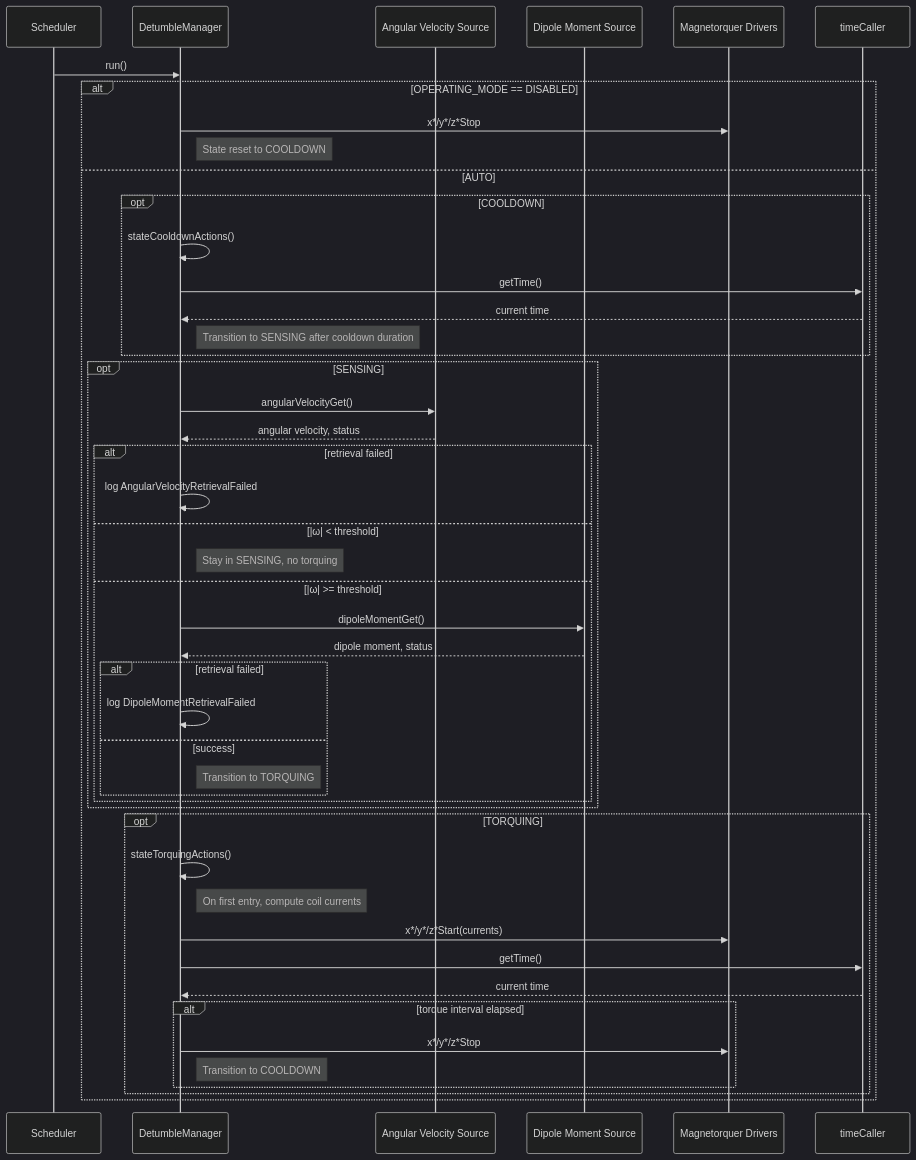
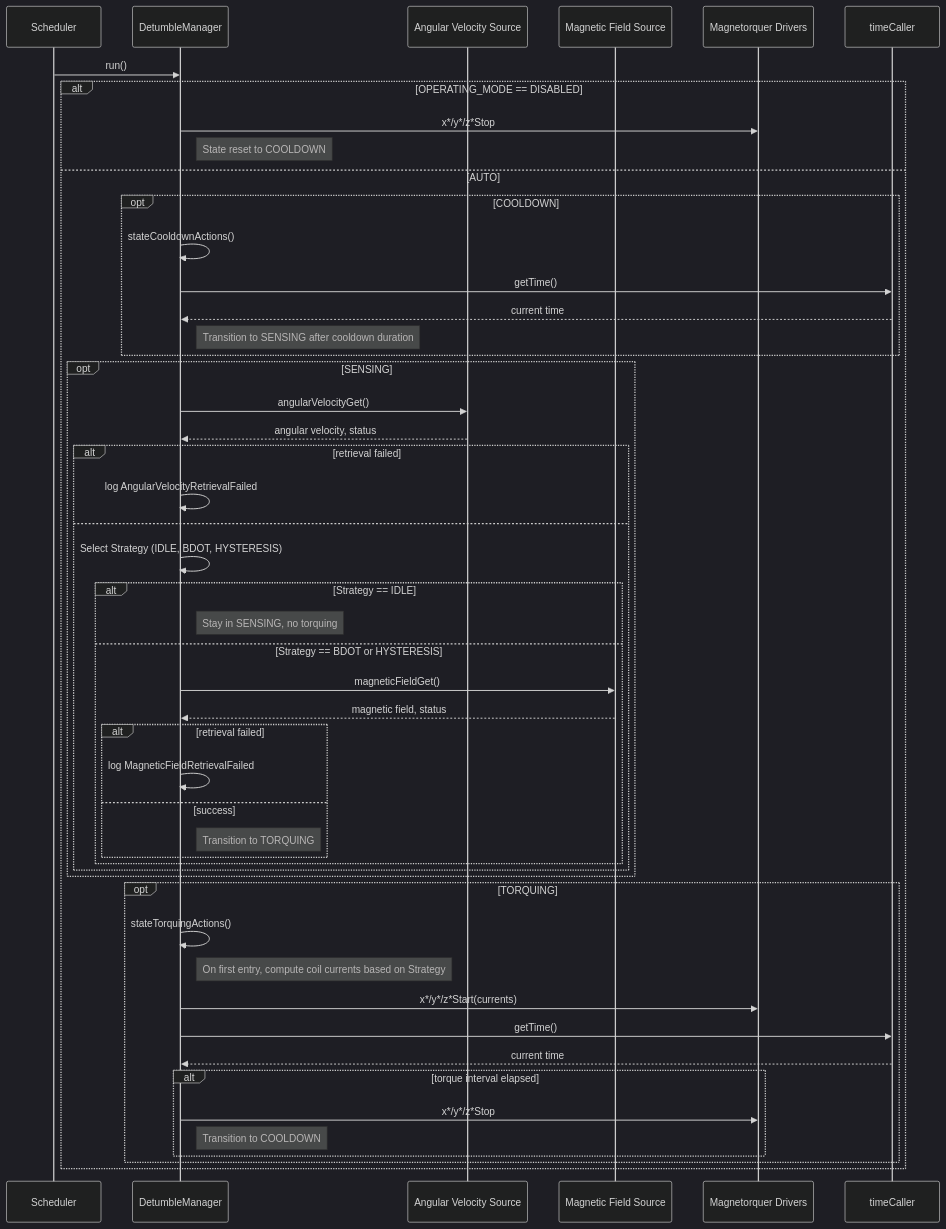
The fifth of 5 diagrams in FprimeZephyrReference/Components/DetumbleManager/docs/sdd.md (Open-Source-Space-Foundation/proves-core-reference), drawn with Mermaid (dark theme) before and after one commit. The commit also changed other lines of this file, not shown here.

````diff
--- a/FprimeZephyrReference/Components/DetumbleManager/docs/sdd.md
+++ b/FprimeZephyrReference/Components/DetumbleManager/docs/sdd.md
@@ -210,51 +219,54 @@
 ```mermaid
 sequenceDiagram
     participant Scheduler
     participant DetumbleManager
     participant AngularSource as Angular Velocity Source
-    participant DipoleSource as Dipole Moment Source
+    participant MagSource as Magnetic Field Source
     participant MTQ as Magnetorquer Drivers
 
     Scheduler->>DetumbleManager: run()
     alt OPERATING_MODE == DISABLED
         DetumbleManager->>MTQ: x*/y*/z*Stop
         note right of DetumbleManager: State reset to COOLDOWN
     else AUTO
         opt COOLDOWN
             DetumbleManager->>DetumbleManager: stateCooldownActions()
             DetumbleManager->>timeCaller: getTime()
             timeCaller-->>DetumbleManager: current time
             note right of DetumbleManager: Transition to SENSING after cooldown duration
         end
 
         opt SENSING
             DetumbleManager->>AngularSource: angularVelocityGet()
             AngularSource-->>DetumbleManager: angular velocity, status
             alt retrieval failed
                 DetumbleManager->>DetumbleManager: log AngularVelocityRetrievalFailed
-            else |ω| < threshold
-                note right of DetumbleManager: Stay in SENSING, no torquing
-            else |ω| >= threshold
-                DetumbleManager->>DipoleSource: dipoleMomentGet()
-                DipoleSource-->>DetumbleManager: dipole moment, status
-                alt retrieval failed
-                    DetumbleManager->>DetumbleManager: log DipoleMomentRetrievalFailed
-                else success
-                    note right of DetumbleManager: Transition to TORQUING
+            else
+                DetumbleManager->>DetumbleManager: Select Strategy (IDLE, BDOT, HYSTERESIS)
+                alt Strategy == IDLE
+                     note right of DetumbleManager: Stay in SENSING, no torquing
+                else Strategy == BDOT or HYSTERESIS
+                    DetumbleManager->>MagSource: magneticFieldGet()
+                    MagSource-->>DetumbleManager: magnetic field, status
+                    alt retrieval failed
+                        DetumbleManager->>DetumbleManager: log MagneticFieldRetrievalFailed
+                    else success
+                        note right of DetumbleManager: Transition to TORQUING
+                    end
                 end
             end
         end
 
         opt TORQUING
             DetumbleManager->>DetumbleManager: stateTorquingActions()
-            note right of DetumbleManager: On first entry, compute coil currents
+            note right of DetumbleManager: On first entry, compute coil currents based on Strategy
             DetumbleManager->>MTQ: x*/y*/z*Start(currents)
             DetumbleManager->>timeCaller: getTime()
             timeCaller-->>DetumbleManager: current time
             alt torque interval elapsed
                 DetumbleManager->>MTQ: x*/y*/z*Stop
                 note right of DetumbleManager: Transition to COOLDOWN
             end
         end
     end
 ```
````
